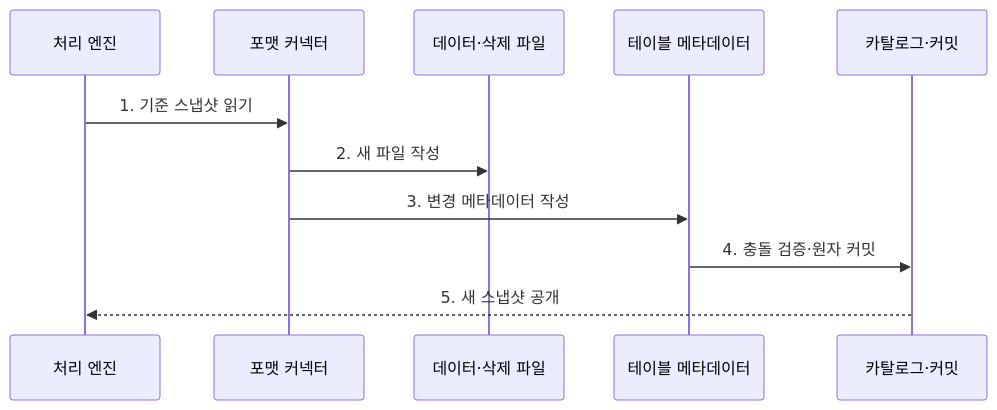
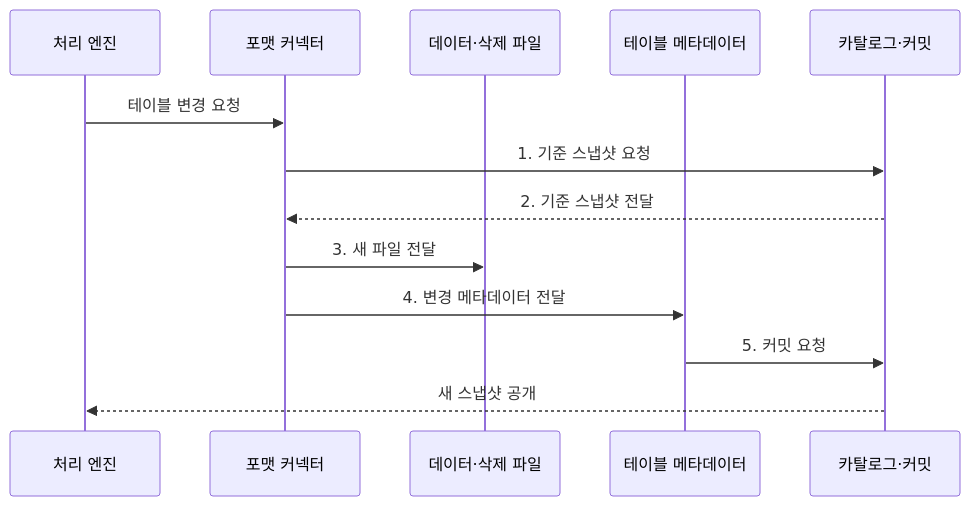
The second of 2 diagrams in src/content/docs/notes/08-latest-tech/192_open_table_format.md (agnusdei1207/knowledge-base), drawn with Mermaid before and after one commit. The commit also changed other lines of this file and 225 other files, not shown here.

````diff
--- a/src/content/docs/notes/08-latest-tech/192_open_table_format.md
+++ b/src/content/docs/notes/08-latest-tech/192_open_table_format.md
@@ -75,13 +75,15 @@
 ```mermaid
 sequenceDiagram
   participant E as 처리 엔진
   participant C as 포맷 커넥터
   participant F as 데이터·삭제 파일
   participant M as 테이블 메타데이터
   participant A as 카탈로그·커밋
-  E->>C: 1. 기준 스냅샷 읽기
-  C->>F: 2. 새 파일 작성
-  C->>M: 3. 변경 메타데이터 작성
-  M->>A: 4. 충돌 검증·원자 커밋
-  A-->>E: 5. 새 스냅샷 공개
+  E->>C: 테이블 변경 요청
+  C->>A: 1. 기준 스냅샷 요청
+  A-->>C: 2. 기준 스냅샷 전달
+  C->>F: 3. 새 파일 전달
+  C->>M: 4. 변경 메타데이터 전달
+  M->>A: 5. 커밋 요청
+  A-->>E: 새 스냅샷 공개
 ```
````
